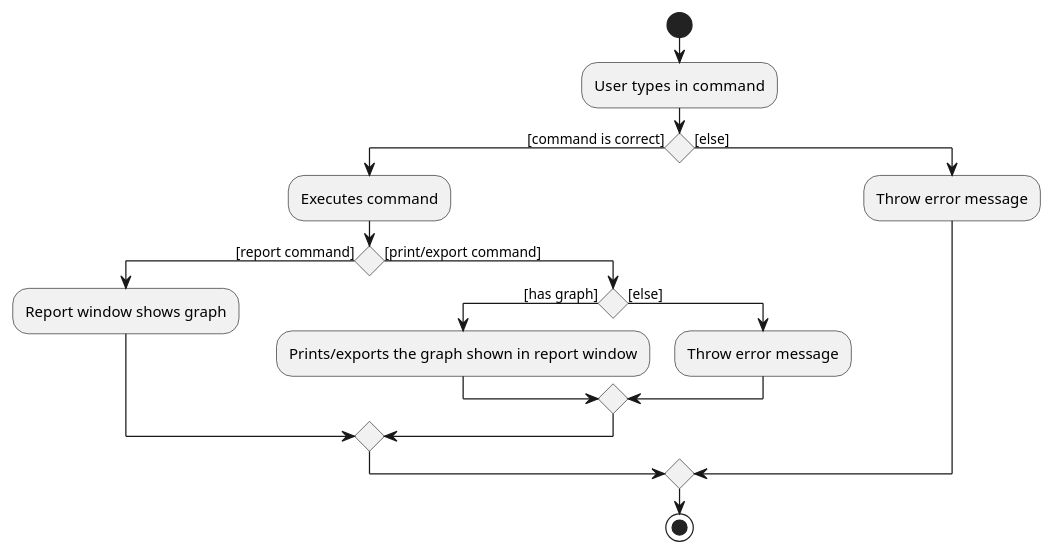
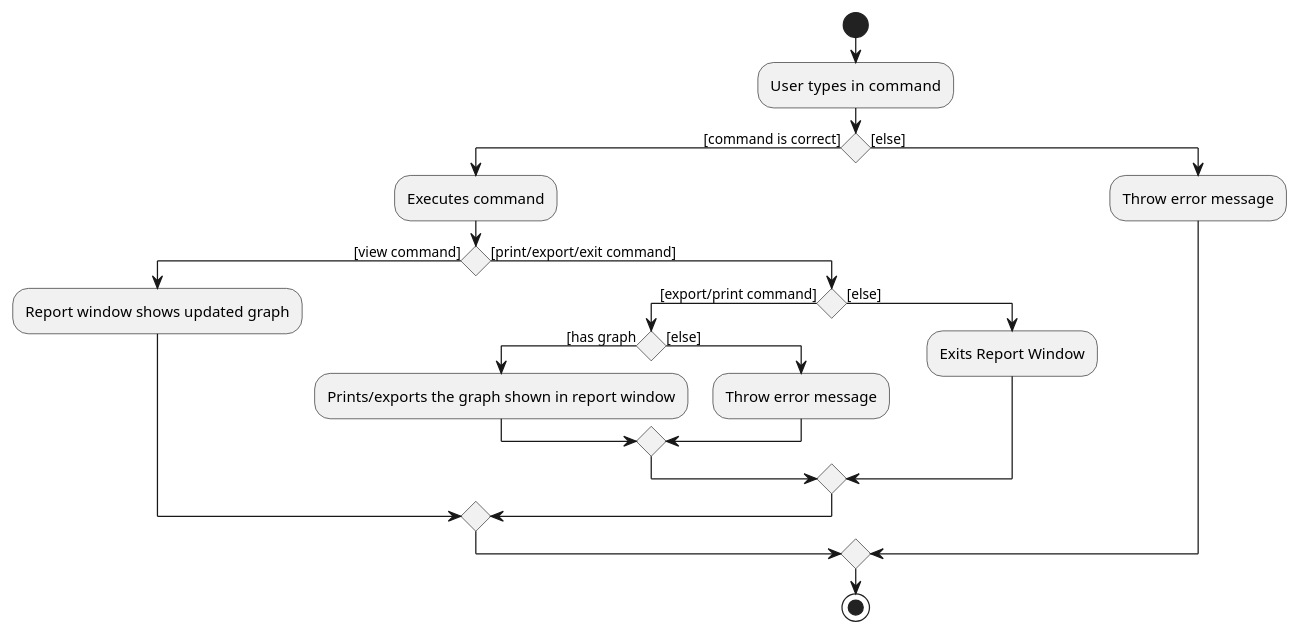
One commit to zwasd/main changed the diagram in docs/diagrams/tracing/Report(ReportWindow).puml. Above: the diagram before and after it, drawn with PlantUML. The commit also changed 9 other files, not shown here.

Commit message:
Add acitivity diagram

```diff
--- a/docs/diagrams/tracing/Report(ReportWindow).puml
+++ b/docs/diagrams/tracing/Report(ReportWindow).puml
@@ -1,19 +1,23 @@
 @startuml
 start
 :User types in  command;
 if () then ([command is correct])
     :Executes command;
-     if() then ([report command])
-     :Report window shows graph;
-     else ([print/export command])
-            if () then ([has graph])
+     if() then ([view command])
+     :Report window shows updated graph;
+     else ([print/export/exit command])
+            if () then ([export/print command])
+             if () then ([has graph)
                 :Prints/exports the graph shown in report window;
              else ([else])
                 :Throw error message;
+              endif
+            else ([else])
+                 :Exits Report Window;
                 endif
       endif
 else ([else])
     :Throw error message;
 endif
 stop
 @enduml
```
